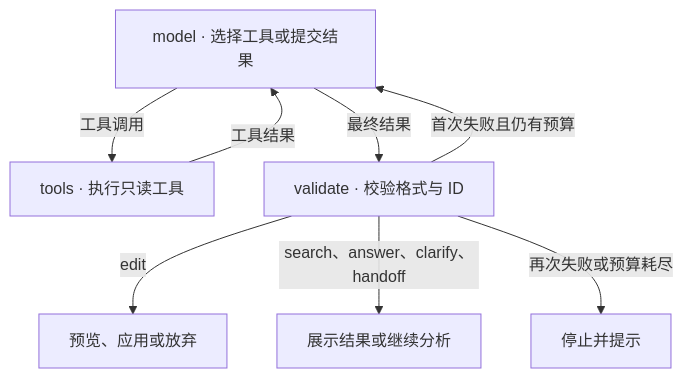
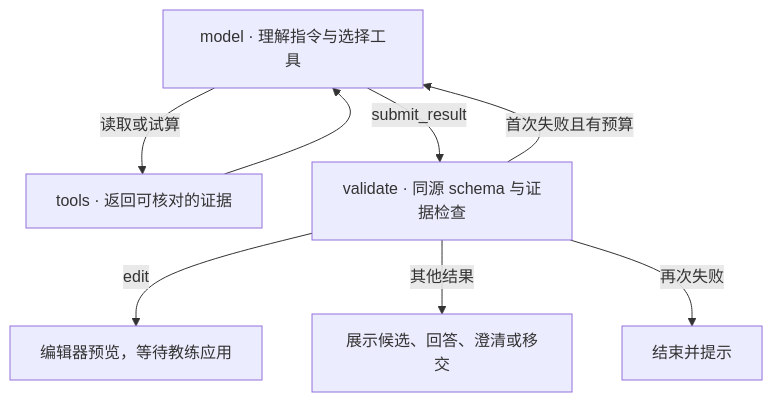
The diagram in docs/BOARD_ASSISTANT.md (TIMPICKLE/playbook-studio-web), drawn with Mermaid before and after one commit. The commit also changed other lines of this file and 37 other files, not shown here.

````diff
--- a/docs/BOARD_ASSISTANT.md
+++ b/docs/BOARD_ASSISTANT.md
@@ -7,10 +7,10 @@
 ```mermaid
 flowchart TD
-    M["model · 选择工具或提交结果"] -->|"工具调用"| T["tools · 执行只读工具"]
-    T -->|"工具结果"| M
-    M -->|"最终结果"| V["validate · 校验格式与 ID"]
-    V -->|"首次失败且仍有预算"| M
-    V -->|"edit"| P["预览、应用或放弃"]
-    V -->|"search、answer、clarify、handoff"| R["展示结果或继续分析"]
-    V -->|"再次失败或预算耗尽"| F["停止并提示"]
+    M["model · 理解指令与选择工具"] -->|"读取或试算"| T["tools · 返回可核对的证据"]
+    T --> M
+    M -->|"submit_result"| V["validate · 同源 schema 与证据检查"]
+    V -->|"首次失败且有预算"| M
+    V -->|"edit"| P["编辑器预览，等待教练应用"]
+    V -->|"其他结果"| R["展示候选、回答、澄清或移交"]
+    V -->|"再次失败"| F["结束并提示"]
 ```
````
